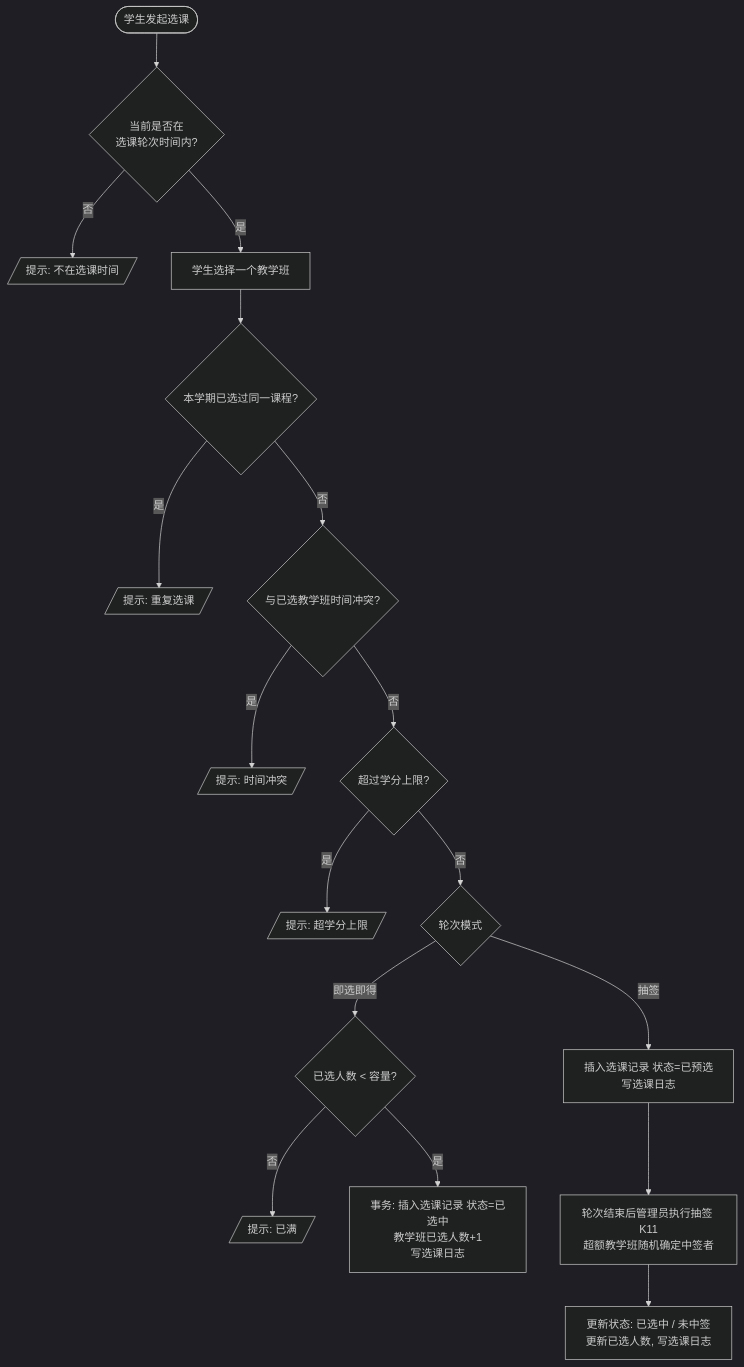
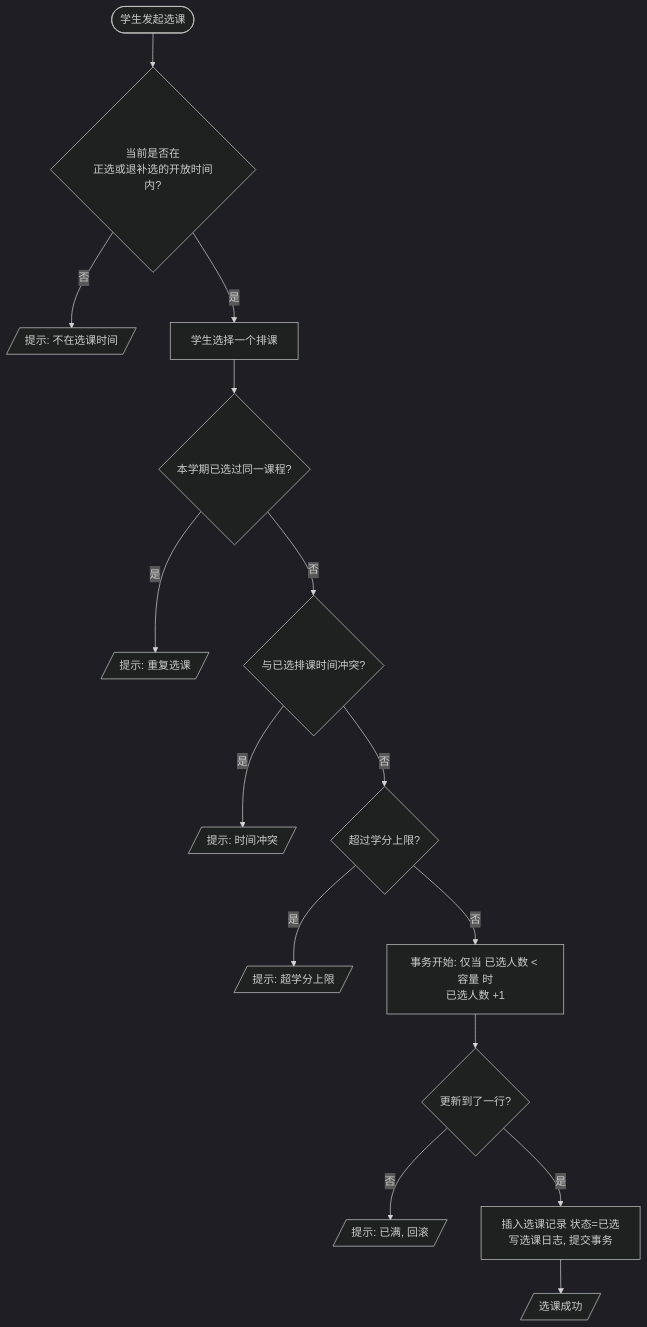
Before and after one commit to We1chan/databasecoursedesign: the fourth of 14 diagrams in docs/需求分析文档.md, drawn with Mermaid (dark theme). The commit also changed other lines of this file and 29 other files, not shown here.

````diff
--- a/docs/需求分析文档.md
+++ b/docs/需求分析文档.md
@@ -944,19 +628,17 @@
 ```mermaid
 flowchart TD
-    S([学生发起选课]) --> A{当前是否在<br/>选课轮次时间内?}
+    S([学生发起选课]) --> A{当前是否在<br/>正选或退补选的开放时间内?}
     A -- 否 --> X1[/提示: 不在选课时间/]
-    A -- 是 --> C[学生选择一个教学班]
+    A -- 是 --> C[学生选择一个排课]
     C --> D{本学期已选过同一课程?}
     D -- 是 --> X2[/提示: 重复选课/]
-    D -- 否 --> E{与已选教学班时间冲突?}
+    D -- 否 --> E{与已选排课时间冲突?}
     E -- 是 --> X3[/提示: 时间冲突/]
     E -- 否 --> G{超过学分上限?}
     G -- 是 --> X5[/提示: 超学分上限/]
-    G -- 否 --> M{轮次模式}
-    M -- 即选即得 --> F{"已选人数 &lt; 容量?"}
-    F -- 否 --> X4[/提示: 已满/]
-    F -- 是 --> H[事务: 插入选课记录 状态=已选中<br/>教学班已选人数+1<br/>写选课日志]
-    M -- 抽签 --> P[插入选课记录 状态=已预选<br/>写选课日志]
-    P --> L[轮次结束后管理员执行抽签 K11<br/>超额教学班随机确定中签者]
-    L --> H2[更新状态: 已选中 / 未中签<br/>更新已选人数, 写选课日志]
+    G -- 否 --> H["事务开始: 仅当 已选人数 &lt; 容量 时<br/>已选人数 +1"]
+    H --> F{更新到了一行?}
+    F -- 否 --> X4[/提示: 已满, 回滚/]
+    F -- 是 --> I[插入选课记录 状态=已选<br/>写选课日志, 提交事务]
+    I --> OK[/选课成功/]
 ```
````
